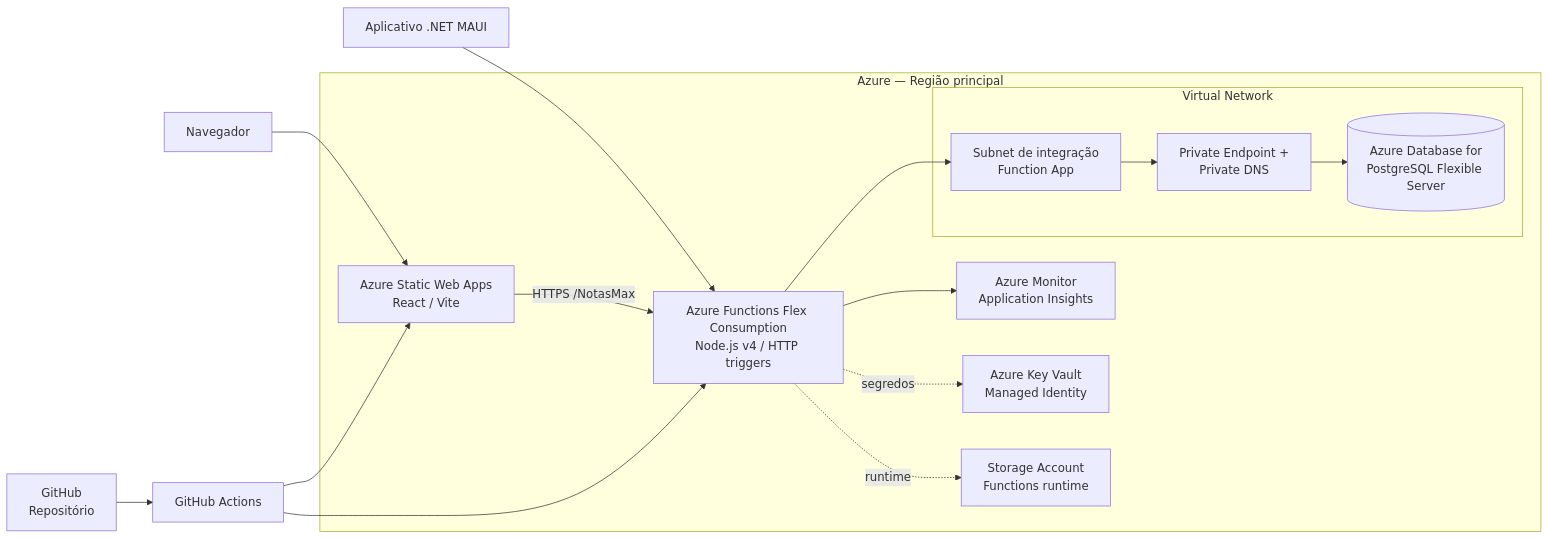
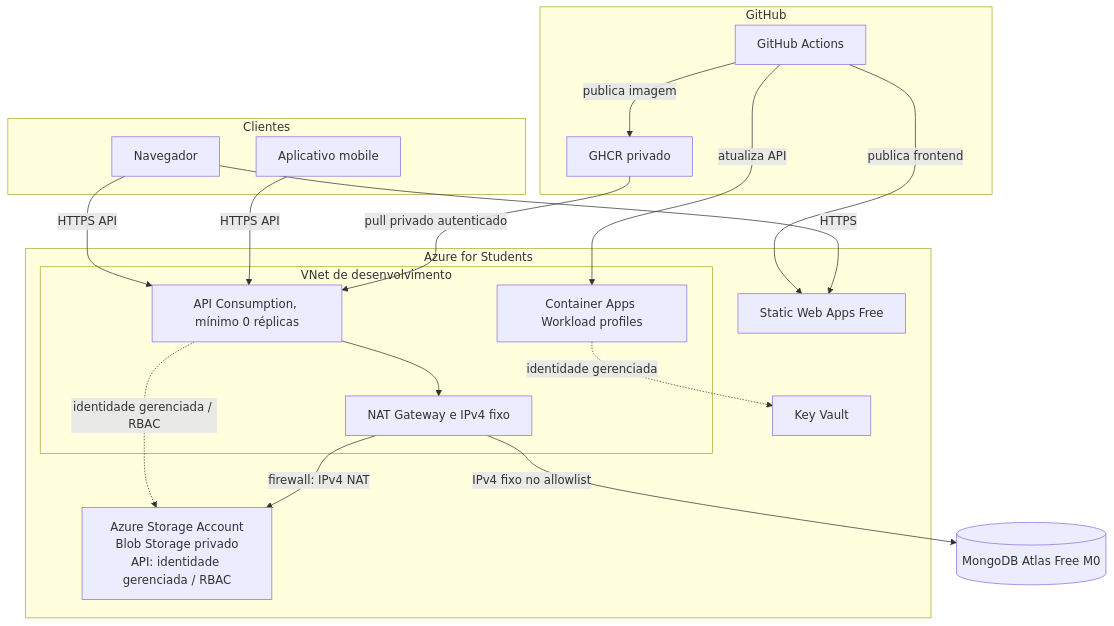
The diagram in arquitetura-azure/README.md (NotasMAX/Documentacao), drawn with Mermaid before and after one commit. The commit also changed other lines of this file and 3 other files, not shown here.

Commit message:
docs(azure): update development architecture

````diff
--- a/arquitetura-azure/README.md
+++ b/arquitetura-azure/README.md
@@ -44,31 +7,40 @@
-```mermaid
-flowchart LR
-    Browser["Navegador"] --> SWA["Azure Static Web Apps\nReact / Vite"]
-    Mobile["Aplicativo .NET MAUI"] --> API["Azure Functions Flex Consumption\nNode.js v4 / HTTP triggers"]
-    SWA -->|HTTPS /NotasMax| API
-
-    subgraph Azure["Azure — Região principal"]
-        SWA
-        API
-        AI["Azure Monitor\nApplication Insights"]
-        KV["Azure Key Vault\nManaged Identity"]
-        ST["Storage Account\nFunctions runtime"]
-
-        subgraph VNet["Virtual Network"]
-        Integration["Subnet de integração\nFunction App"]
-            PrivateEndpoints["Private Endpoint +\nPrivate DNS"]
-            PG[("Azure Database for\nPostgreSQL Flexible Server")]
-        end
-
-        API --> AI
-        API -. "segredos" .-> KV
-        API -. "runtime" .-> ST
-        API --> Integration
-        Integration --> PrivateEndpoints
-        PrivateEndpoints --> PG
+``` mermaid
+flowchart TB
+    subgraph clients["Clientes"]
+        browser["Navegador"]
+        mobile["Aplicativo mobile"]
     end
 
-    Repo["GitHub\nRepositório"] --> Actions["GitHub Actions"]
-    Actions --> SWA
-    Actions --> API
+    subgraph azureDev["Azure for Students"]
+        swaDev["Static Web Apps Free"]
+        subgraph vnetDev["VNet de desenvolvimento"]
+            acaDev["Container Apps Workload profiles"]
+            apiDev["API Consumption, mínimo 0 réplicas"]
+            natDev["NAT Gateway e IPv4 fixo"]
+            apiDev --> natDev
+        end
+        keyVaultDev["Key Vault"]
+        storageDev["Azure Storage Account\nBlob Storage privado\nAPI: identidade gerenciada / RBAC"]
+        acaDev -. "identidade gerenciada" .-> keyVaultDev
+    end
+
+    subgraph githubDev["GitHub"]
+        actionsDev["GitHub Actions"]
+        ghcrDev["GHCR privado"]
+        actionsDev -->|publica frontend| swaDev
+        actionsDev -->|publica imagem| ghcrDev
+    end
+
+    atlasDev[("MongoDB Atlas Free M0")]
+
+    browser -->|HTTPS| swaDev
+    browser -->|HTTPS API| apiDev
+    mobile -->|HTTPS API| apiDev
+    natDev -->|IPv4 fixo no allowlist| atlasDev
+    apiDev -. "identidade gerenciada / RBAC" .-> storageDev
+    natDev -->|firewall: IPv4 NAT| storageDev
+    ghcrDev -->|pull privado autenticado| apiDev
+    actionsDev -->|atualiza API| acaDev
+
+
 ```
````
